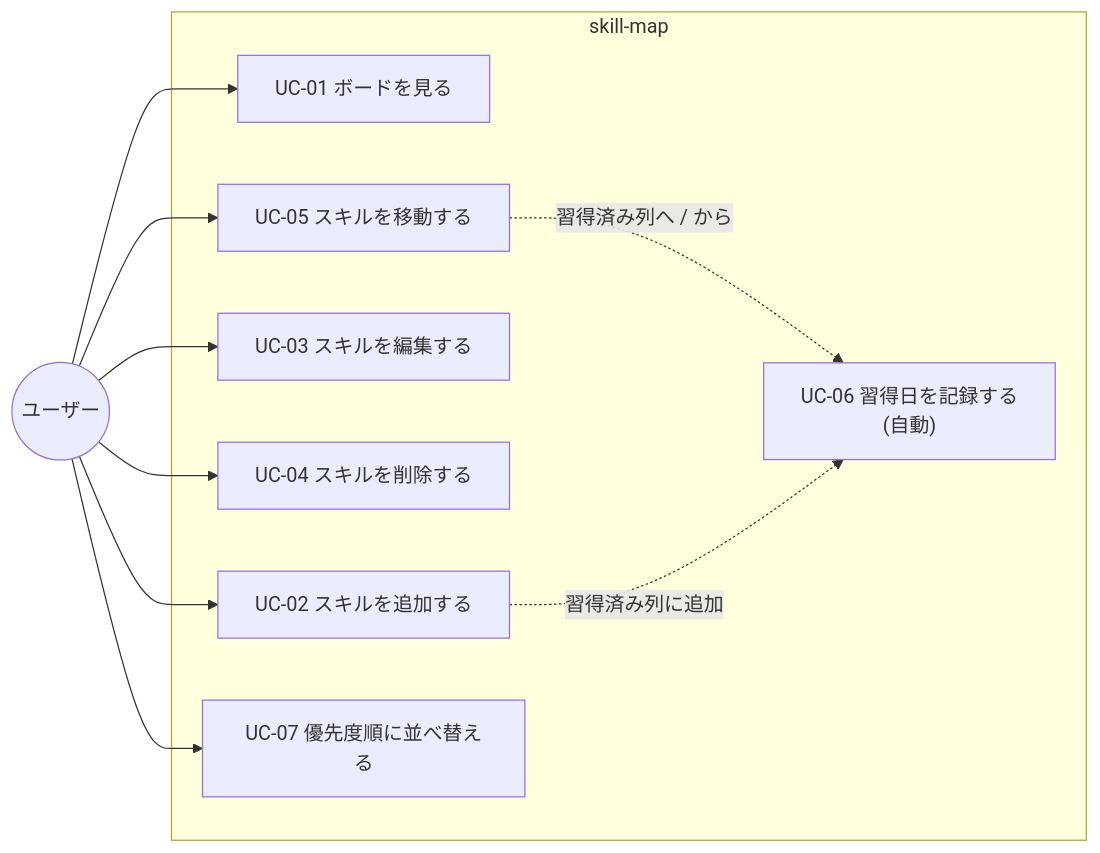
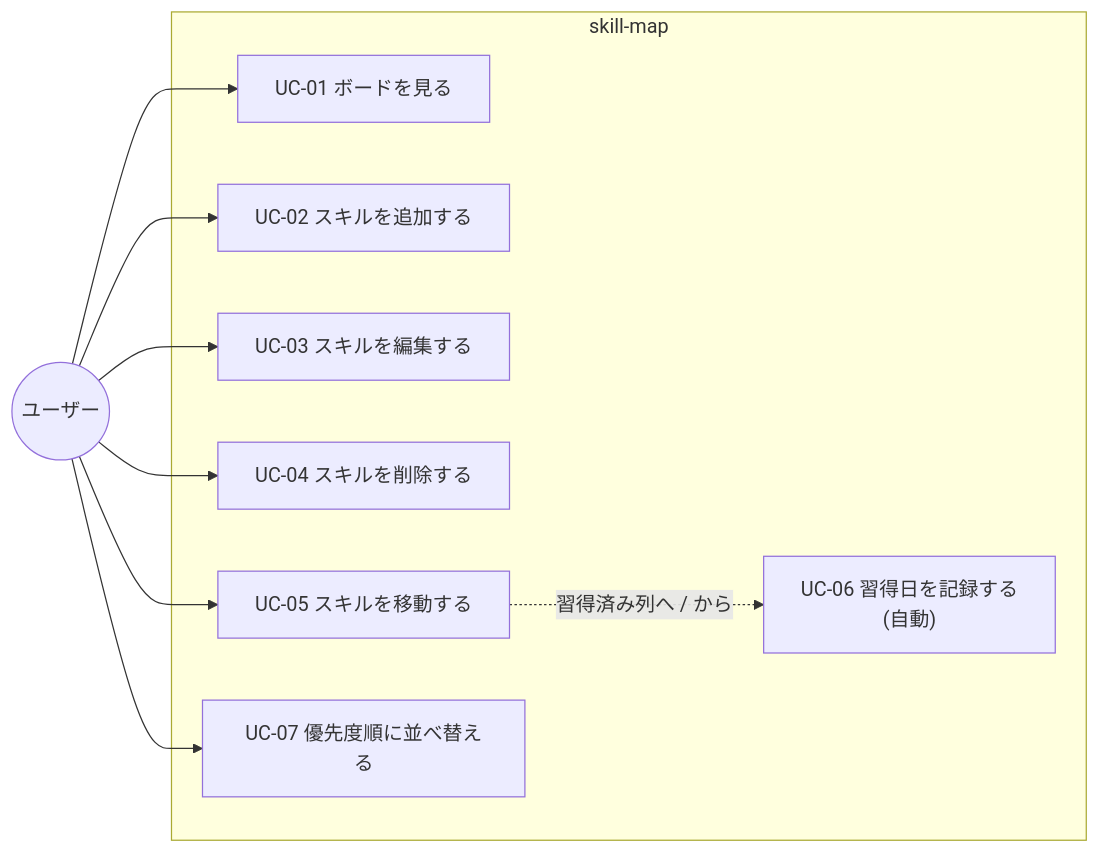
One commit to takeuchikoutagg/skill-map changed the first of 2 diagrams in docs/04-ユースケース.md. Above: the diagram before and after it, drawn with Mermaid. The commit also changed other lines of this file and 4 other files, not shown here.

````diff
--- a/docs/04-ユースケース.md
+++ b/docs/04-ユースケース.md
@@ -11,23 +11,22 @@
 ```mermaid
 flowchart LR
     U(("ユーザー"))
 
     subgraph app["skill-map"]
         UC1["UC-01 ボードを見る"]
         UC2["UC-02 スキルを追加する"]
         UC3["UC-03 スキルを編集する"]
         UC4["UC-04 スキルを削除する"]
         UC5["UC-05 スキルを移動する"]
         UC6["UC-06 習得日を記録する<br/>(自動)"]
         UC7["UC-07 優先度順に並べ替える"]
     end
 
     U --> UC1
     U --> UC2
     U --> UC3
     U --> UC4
     U --> UC5
     U --> UC7
     UC5 -. "習得済み列へ / から" .-> UC6
-    UC2 -. "習得済み列に追加" .-> UC6
 ```
````
